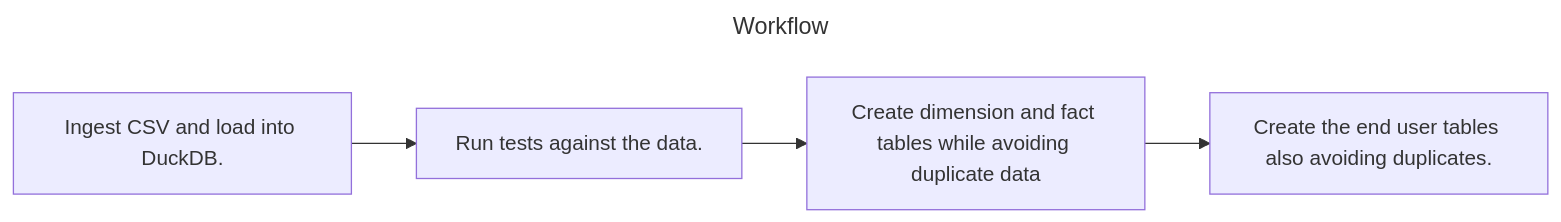
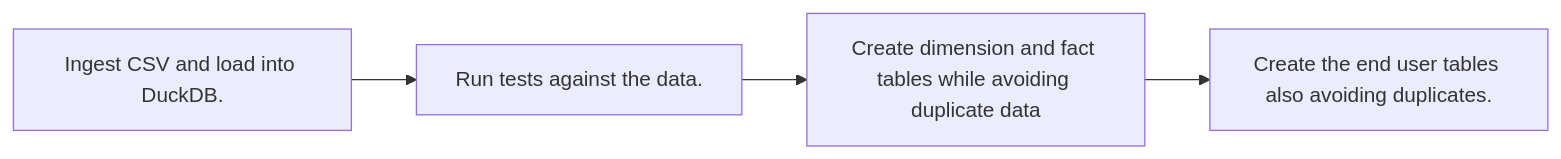
Before and after one commit to blakemcneill/de_exercise: the diagram in README.md, drawn with Mermaid. The commit also changed other lines of this file, not shown here.

````diff
--- a/README.md
+++ b/README.md
@@ -82,12 +86,7 @@
 ```mermaid
----
-title: Workflow
----
-
 flowchart LR
     bronze[Ingest CSV and load into DuckDB.] -->
     silvertest[Run tests against the data.] -->
     silver[Create dimension and fact tables while avoiding duplicate data] -->
     gold[Create the end user tables also avoiding duplicates.]
-
 ```
````
